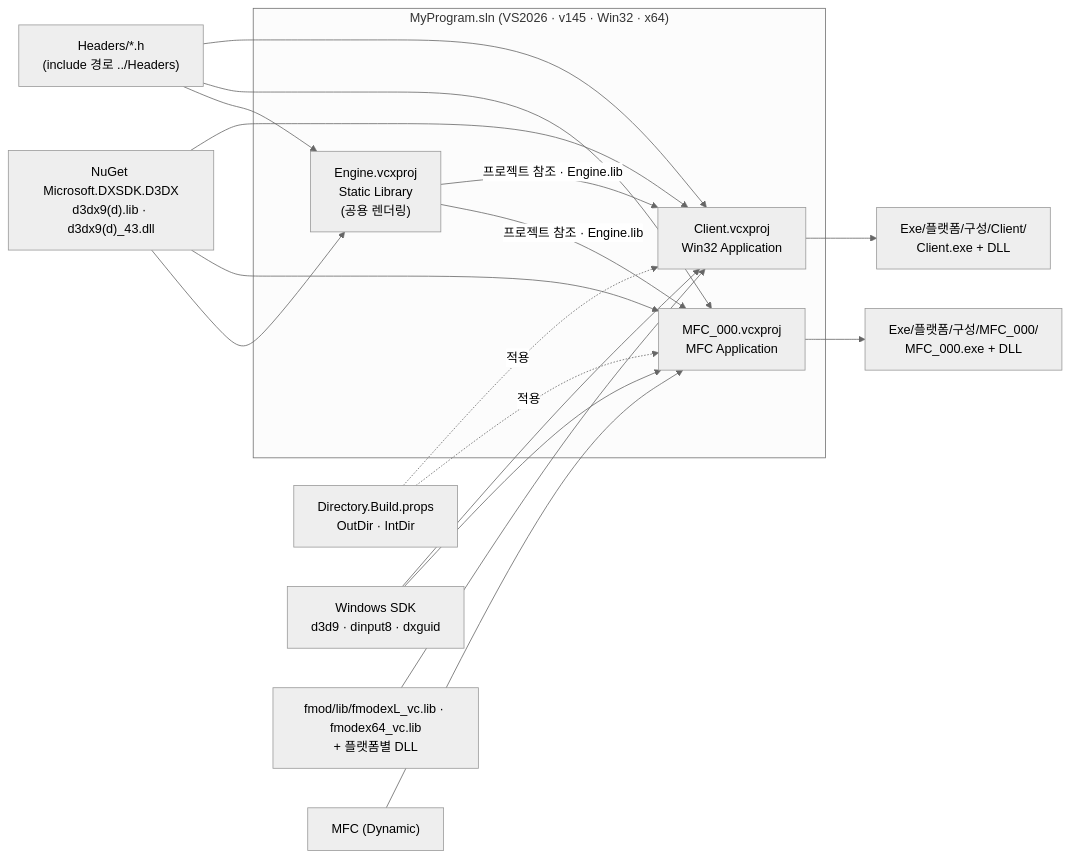
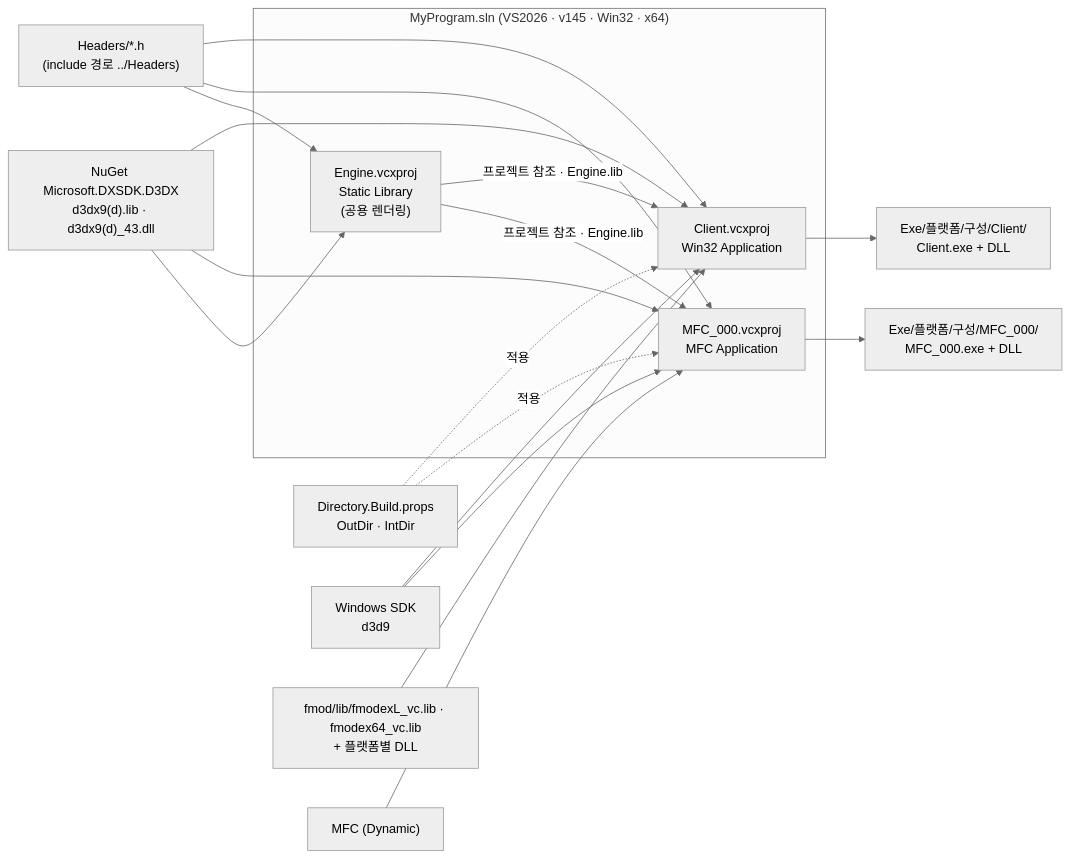
The first of 10 diagrams in docs/ARCHITECTURE.md (Ryujaehyeon/Portfolio), drawn with Mermaid (neutral theme) before and after one commit. The commit also changed other lines of this file and 3 other files, not shown here.

````diff
--- a/docs/ARCHITECTURE.md
+++ b/docs/ARCHITECTURE.md
@@ -35,25 +35,25 @@
 ```mermaid
 flowchart LR
     subgraph sln["MyProgram.sln (VS2026 · v145 · Win32 · x64)"]
         Client["Client.vcxproj<br/>Win32 Application"]
         Tool["MFC_000.vcxproj<br/>MFC Application"]
         Engine["Engine.vcxproj<br/>Static Library<br/>(공용 렌더링)"]
     end
     Engine -->|"프로젝트 참조 · Engine.lib"| Client
     Engine -->|"프로젝트 참조 · Engine.lib"| Tool
     Headers["Headers/*.h<br/>(include 경로 ../Headers)"] --> Client
     Headers --> Tool
     Headers --> Engine
     Props["Directory.Build.props<br/>OutDir · IntDir"] -.적용.-> Client
     Props -.적용.-> Tool
     NuGet["NuGet Microsoft.DXSDK.D3DX<br/>d3dx9(d).lib · d3dx9(d)_43.dll"] --> Client
     NuGet --> Tool
     NuGet --> Engine
-    SDK["Windows SDK<br/>d3d9 · dinput8 · dxguid"] --> Client
+    SDK["Windows SDK<br/>d3d9"] --> Client
     SDK --> Tool
     FMOD["fmod/lib/fmodexL_vc.lib · fmodex64_vc.lib<br/>+ 플랫폼별 DLL"] --> Client
     MFC["MFC (Dynamic)"] --> Tool
     Client --> OutC["Exe/플랫폼/구성/Client/<br/>Client.exe + DLL"]
     Tool --> OutT["Exe/플랫폼/구성/MFC_000/<br/>MFC_000.exe + DLL"]
 
 ```
````
